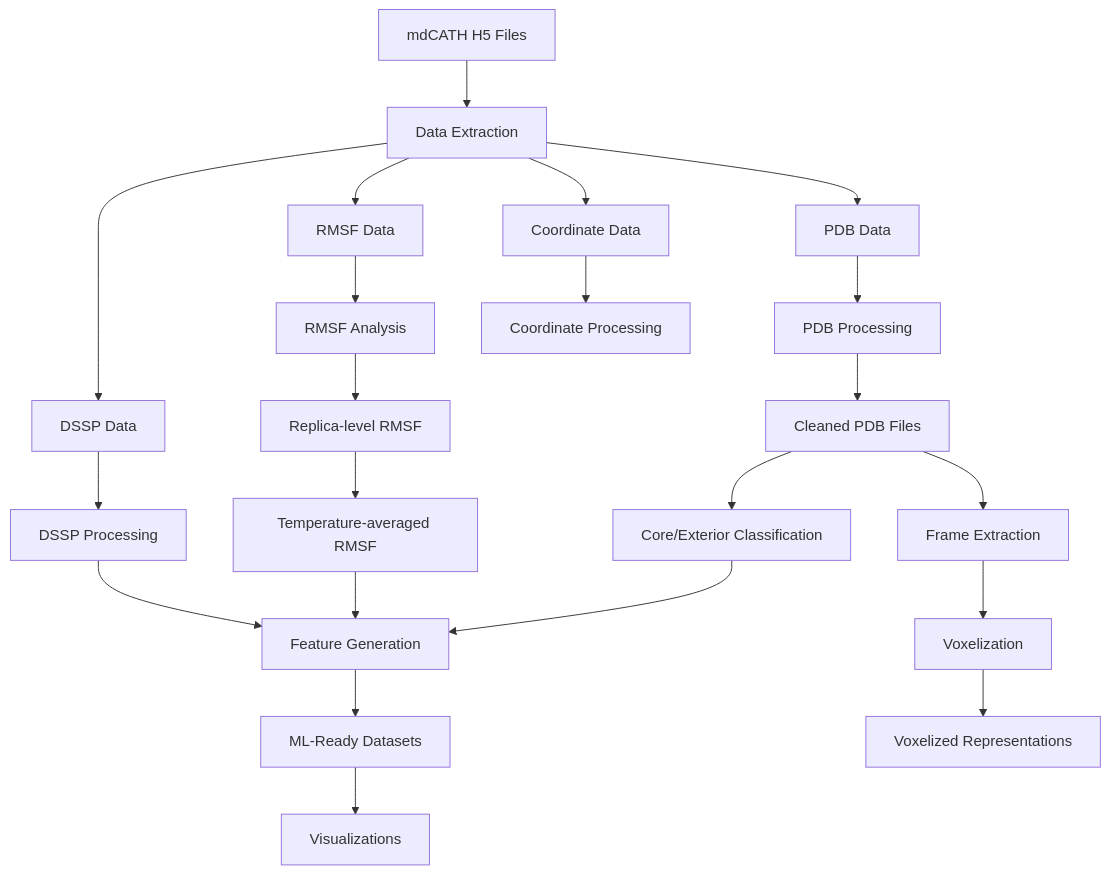
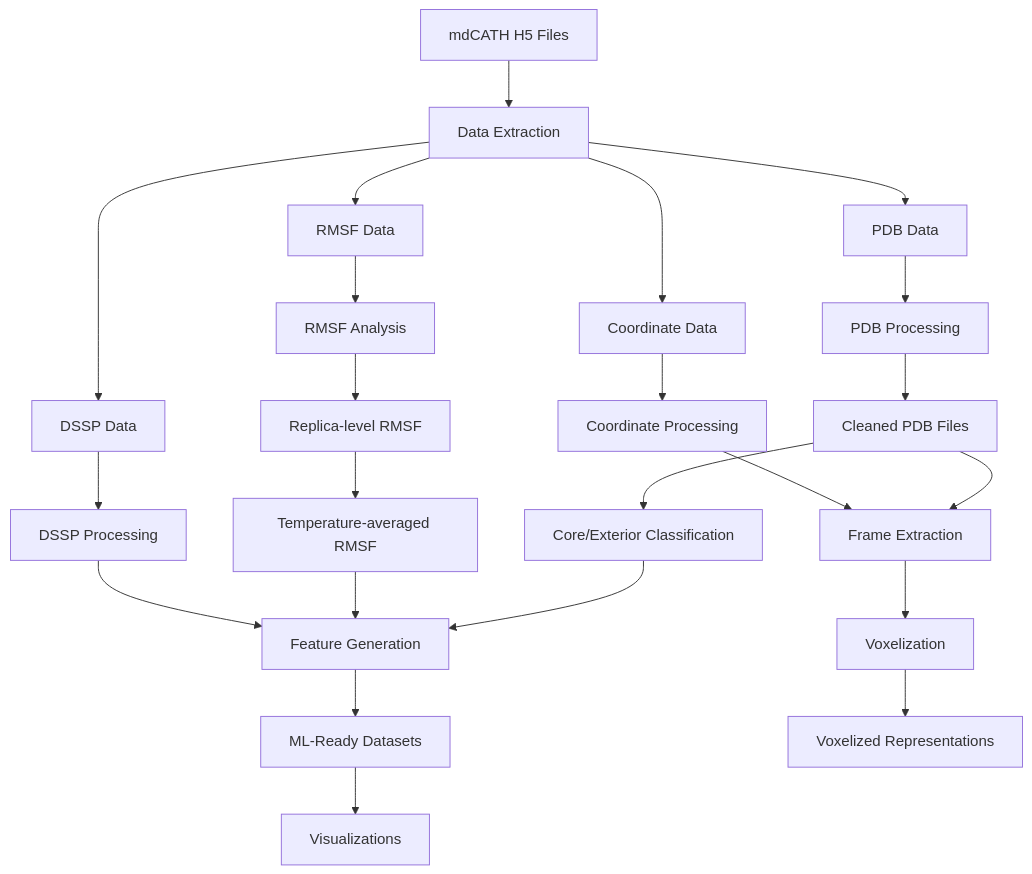
One commit to Felixburton7/mdcath-processor2 changed the diagram in README.md. Above: the diagram before and after it, drawn with Mermaid. The commit also changed other lines of this file, not shown here.

````diff
--- a/README.md
+++ b/README.md
@@ -136,30 +154,31 @@
 ```mermaid
 graph TD
     A[mdCATH H5 Files] --> B[Data Extraction]
     B --> C1[PDB Data]
     B --> C2[RMSF Data]
     B --> C3[DSSP Data]
     B --> C4[Coordinate Data]
     
     C1 --> D1[PDB Processing]
     D1 --> E1[Cleaned PDB Files]
     E1 --> F1[Core/Exterior Classification]
     E1 --> F2[Frame Extraction]
     
     C2 --> D2[RMSF Analysis]
     D2 --> E2[Replica-level RMSF]
     E2 --> F3[Temperature-averaged RMSF]
     
     C3 --> D3[DSSP Processing]
     C4 --> D4[Coordinate Processing]
+    D4 --> F2
     
     F1 --> G[Feature Generation]
     F2 --> H[Voxelization]
     F3 --> G
     D3 --> G
     
     G --> I[ML-Ready Datasets]
     H --> J[Voxelized Representations]
     
     I --> K[Visualizations]
 ```
````
